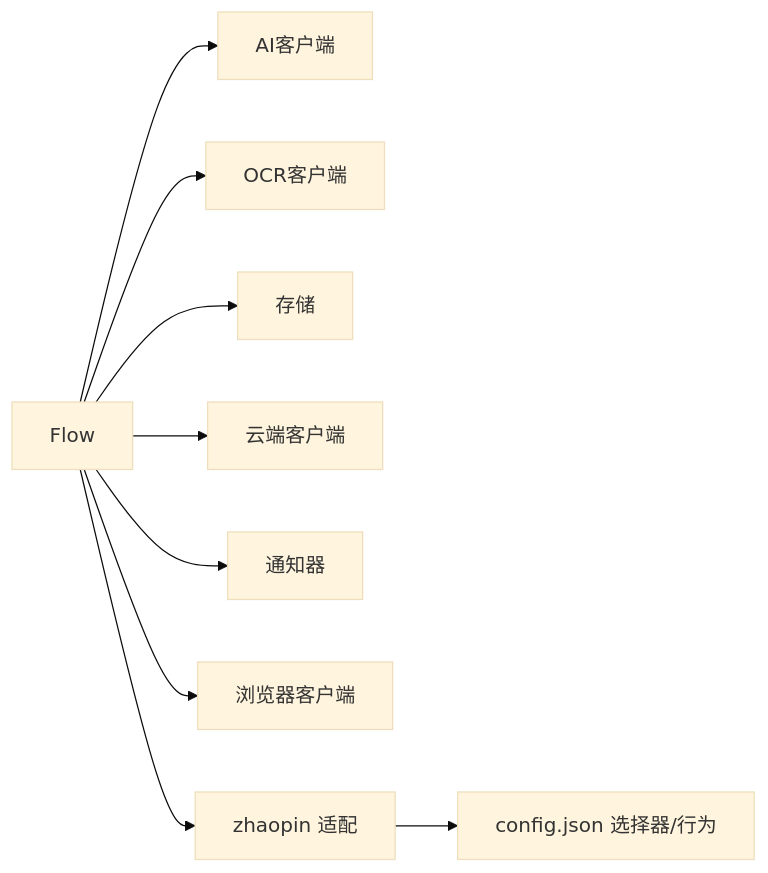
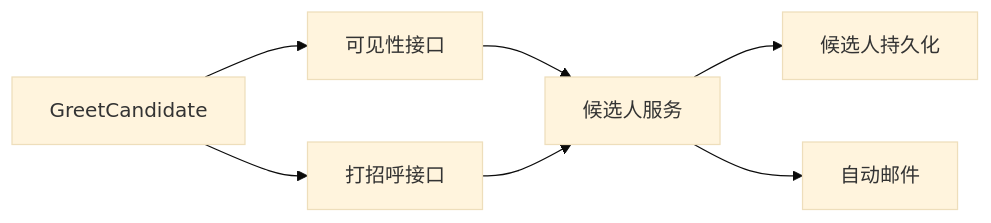
The fourth of 4 diagrams in .qoder/repowiki/zh/content/本地执行器/平台适配器/智联招聘适配器/自动问候.md (alvinwangzi/goodhr), drawn with Mermaid (base theme) before and after one commit. The commit also changed other lines of this file and 149 other files, not shown here.

````diff
--- a/.qoder/repowiki/zh/content/本地执行器/平台适配器/智联招聘适配器/自动问候.md
+++ b/.qoder/repowiki/zh/content/本地执行器/平台适配器/智联招聘适配器/自动问候.md
@@ -231,11 +175,9 @@
 ```mermaid
 graph LR
-Flow["Flow"] --> AI["AI客户端"]
-Flow --> OCR["OCR客户端"]
-Flow --> Store["存储"]
-Flow --> Cloud["云端客户端"]
-Flow --> Notifier["通知器"]
-Flow --> Browser["浏览器客户端"]
-Flow --> Zhaopin["zhaopin 适配"]
-Zhaopin --> Config["config.json 选择器/行为"]
+Greet["GreetCandidate"] --> Visible["可见性接口"]
+Greet --> GreetAPI["打招呼接口"]
+Visible --> Service["候选人服务"]
+GreetAPI --> Service
+Service --> Store["候选人持久化"]
+Service --> Email["自动邮件"]
 ```
````
